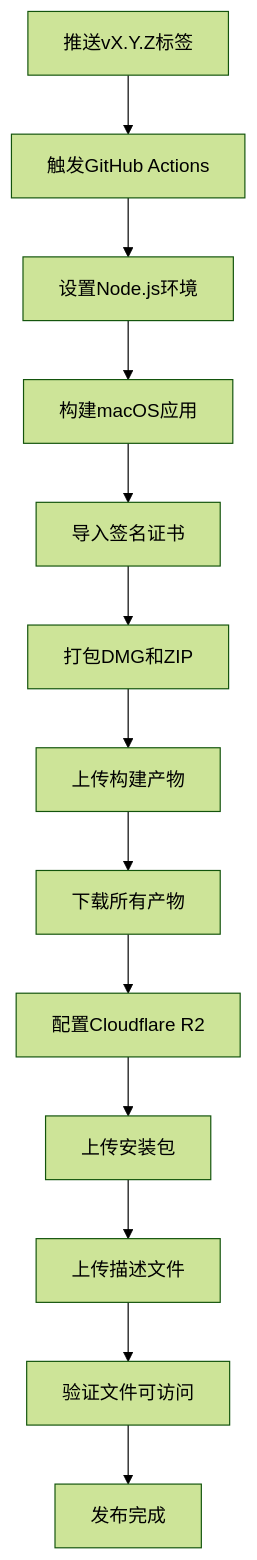
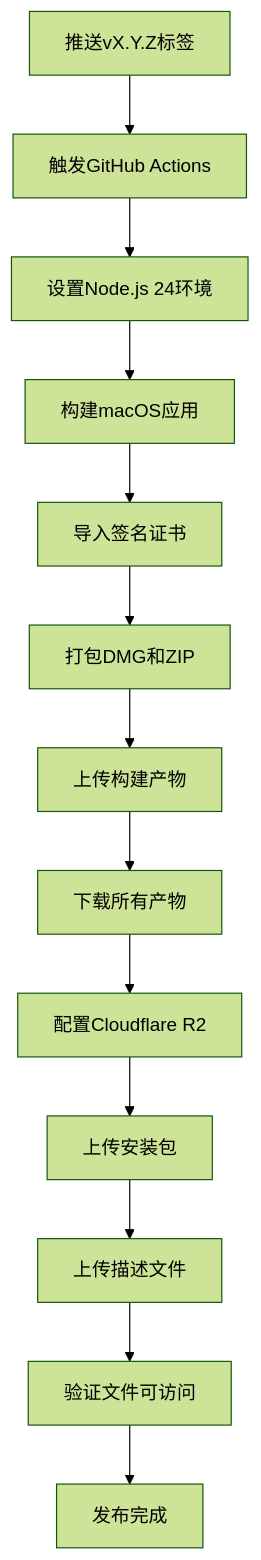
Before and after one commit to verse-ai-org/openclaw: diagram 12 of 41 in .qoder/repowiki/zh/content/核心概念/Electron应用增强.md, drawn with Mermaid (forest theme). The commit also changed other lines of this file and 22 other files, not shown here.

````diff
--- a/.qoder/repowiki/zh/content/核心概念/Electron应用增强.md
+++ b/.qoder/repowiki/zh/content/核心概念/Electron应用增强.md
@@ -649,15 +716,15 @@
 ```mermaid
 flowchart TD
 A[推送vX.Y.Z标签] --> B[触发GitHub Actions]
-B --> C[设置Node.js环境]
+B --> C[设置Node.js 24环境]
 C --> D[构建macOS应用]
 D --> E[导入签名证书]
 E --> F[打包DMG和ZIP]
 F --> G[上传构建产物]
 G --> H[下载所有产物]
 H --> I[配置Cloudflare R2]
 I --> J[上传安装包]
 J --> K[上传描述文件]
 K --> L[验证文件可访问]
 L --> M[发布完成]
 ```
````
